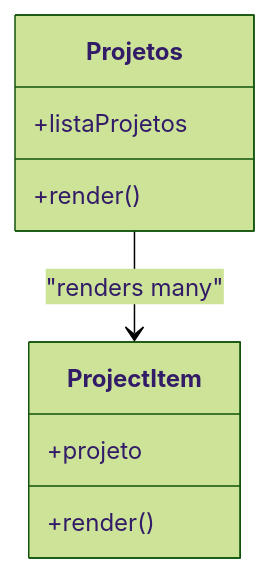
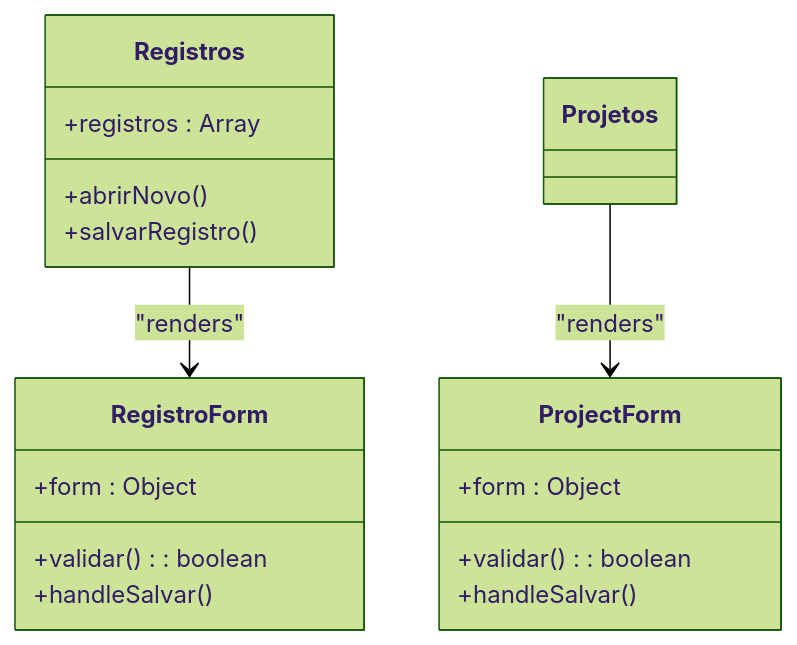
The sixth of 8 diagrams in .qoder/repowiki/en/content/Project Overview.md (RobertRuas/nordic-worklog), drawn with Mermaid (forest theme) before and after one commit. The commit also changed other lines of this file and 4 other files, not shown here.

````diff
--- a/.qoder/repowiki/en/content/Project Overview.md
+++ b/.qoder/repowiki/en/content/Project Overview.md
@@ -255,12 +286,20 @@
 ```mermaid
 classDiagram
-class Projetos {
-+listaProjetos
-+render()
+class Registros {
++registros : Array
++abrirNovo()
++salvarRegistro()
 }
-class ProjectItem {
-+projeto
-+render()
+class RegistroForm {
++form : Object
++validar() : boolean
++handleSalvar()
 }
-Projetos --> ProjectItem : "renders many"
+class ProjectForm {
++form : Object
++validar() : boolean
++handleSalvar()
+}
+Registros --> RegistroForm : "renders"
+Projetos --> ProjectForm : "renders"
 ```
````
